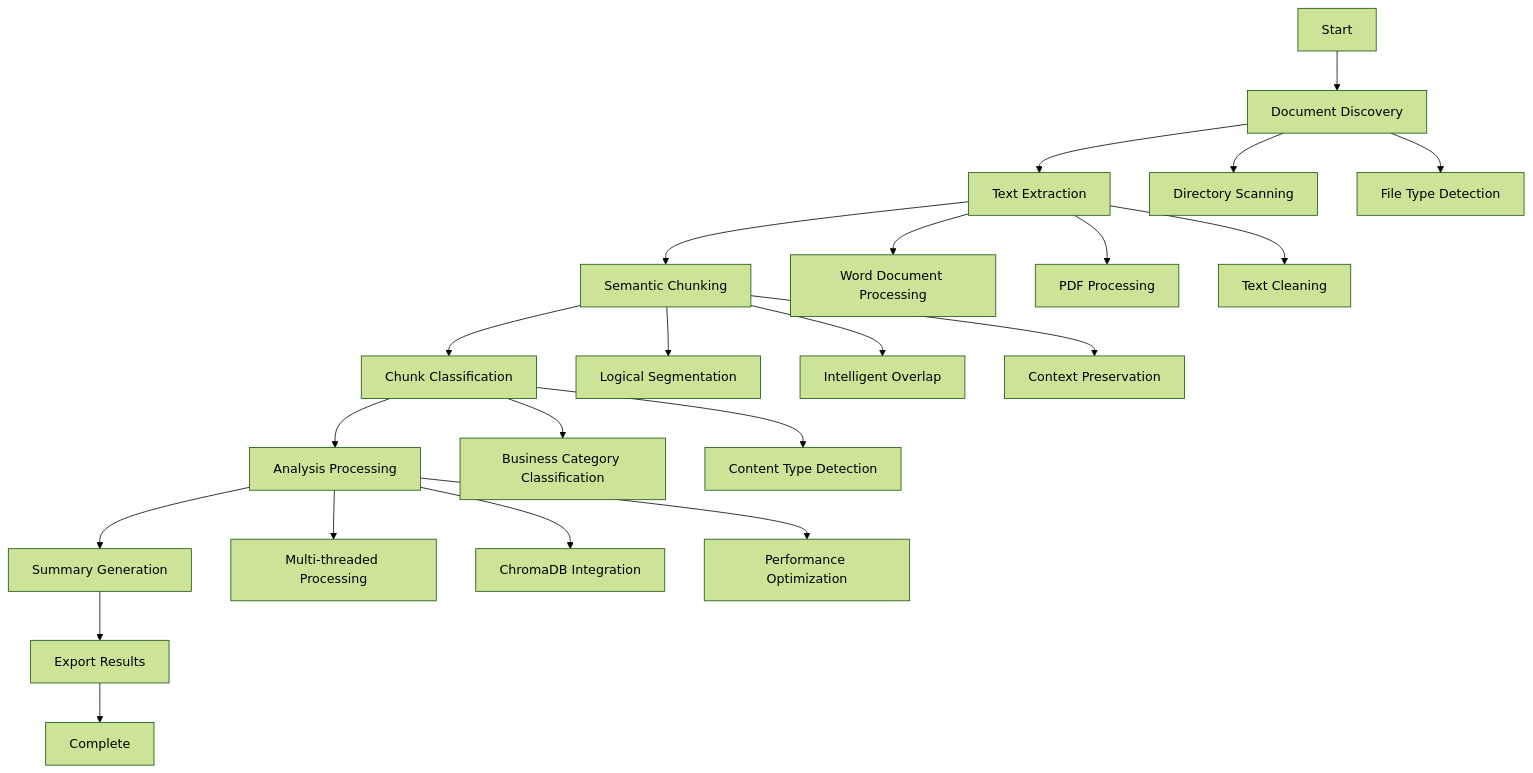
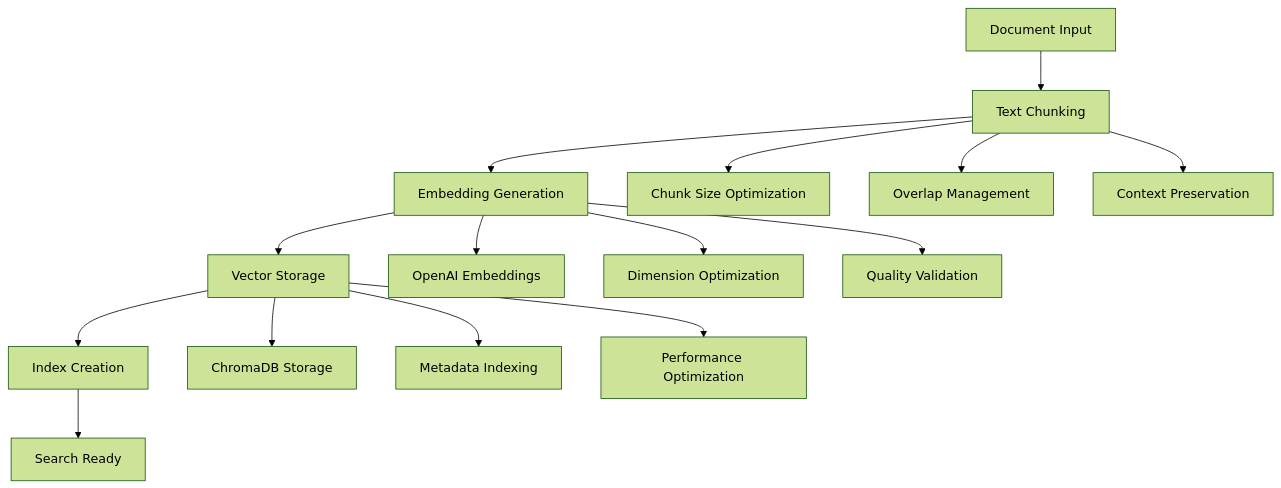
Before and after one commit to prodriguez1120/transcript-summary: the sixth of 6 diagrams in WORKFLOW_MANIFEST.md, drawn with Mermaid (forest theme). The commit also changed other lines of this file and 52 other files, not shown here.

````diff
--- a/WORKFLOW_MANIFEST.md
+++ b/WORKFLOW_MANIFEST.md
@@ -134,29 +218,20 @@
 ```mermaid
 graph TD
-    A[Start] --> B[Document Discovery]
-    B --> C[Text Extraction]
-    C --> D[Semantic Chunking]
-    D --> E[Chunk Classification]
-    E --> F[Analysis Processing]
-    F --> G[Summary Generation]
-    G --> H[Export Results]
-    H --> I[Complete]
+    A[Document Input] --> B[Text Chunking]
+    B --> C[Embedding Generation]
+    C --> D[Vector Storage]
+    D --> E[Index Creation]
+    E --> F[Search Ready]
     
-    B --> B1[Directory Scanning]
-    B --> B2[File Type Detection]
+    B --> B1[Chunk Size Optimization]
+    B --> B2[Overlap Management]
+    B --> B3[Context Preservation]
     
-    C --> C1[Word Document Processing]
-    C --> C2[PDF Processing]
-    C --> C3[Text Cleaning]
+    C --> C1[OpenAI Embeddings]
+    C --> C2[Dimension Optimization]
+    C --> C3[Quality Validation]
     
-    D --> D1[Logical Segmentation]
-    D --> D2[Intelligent Overlap]
-    D --> D3[Context Preservation]
-    
-    E --> E1[Business Category Classification]
-    E --> E2[Content Type Detection]
-    
-    F --> F1[Multi-threaded Processing]
-    F --> F2[ChromaDB Integration]
-    F --> F3[Performance Optimization]
+    D --> D1[ChromaDB Storage]
+    D --> D2[Metadata Indexing]
+    D --> D3[Performance Optimization]
 ```
````
